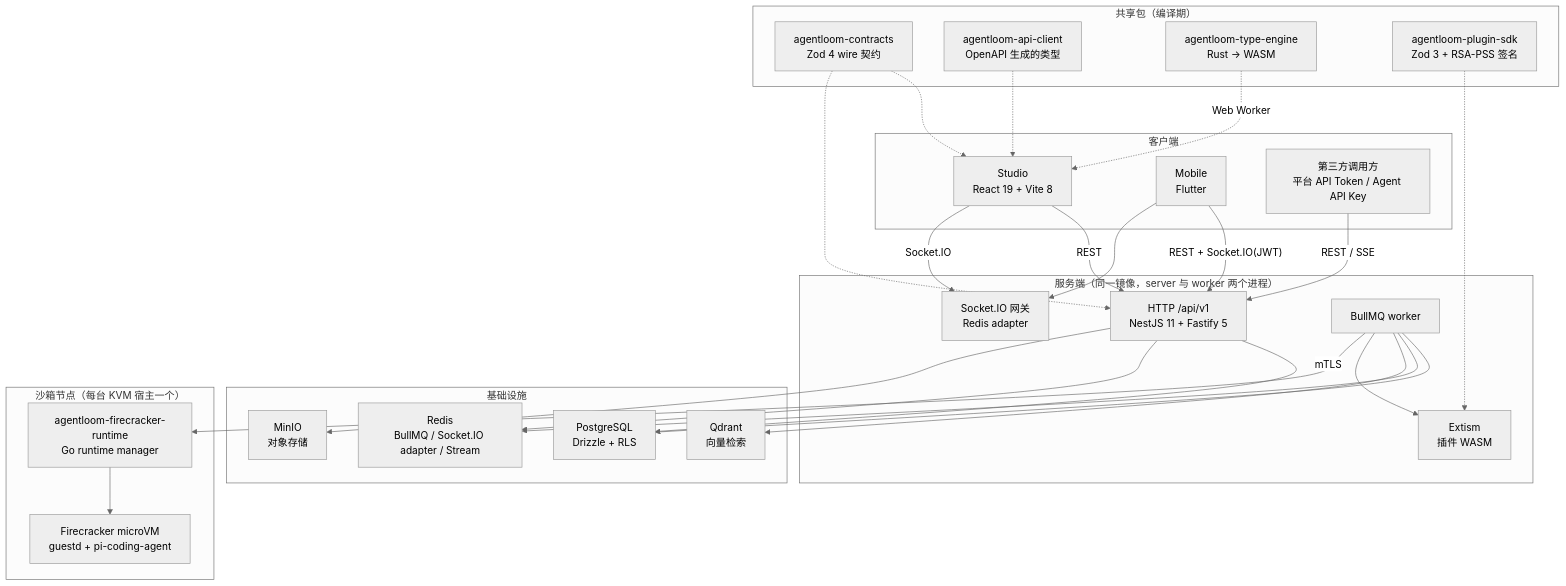
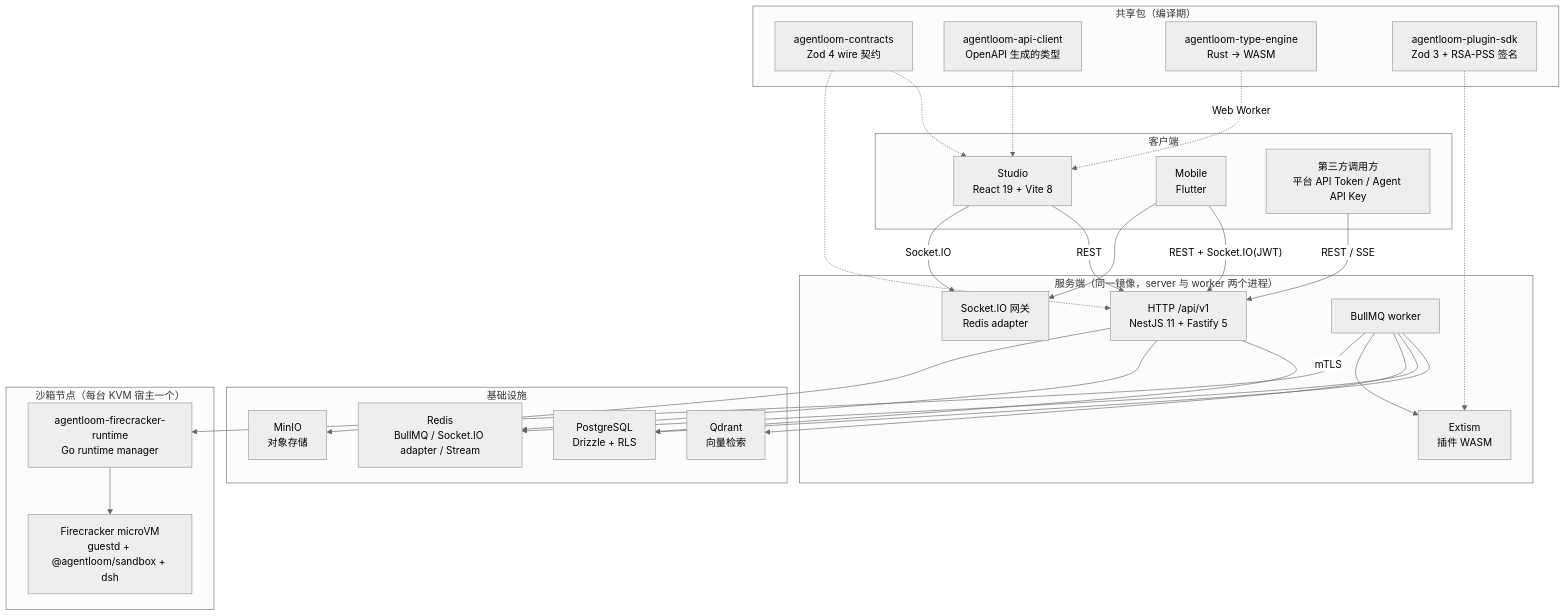
The first of 3 diagrams in agentloom-docs/dev/architecture.md (Lynricsy/AgentLoom), drawn with Mermaid (neutral theme) before and after one commit. The commit also changed other lines of this file and 32 other files, not shown here.

Commit message:
docs(docs): 📝 记录 sandbox 运行态切换 dsh、runtime 插件与 harness 节点

````diff
--- a/agentloom-docs/dev/architecture.md
+++ b/agentloom-docs/dev/architecture.md
@@ -11,56 +11,56 @@
 ```mermaid
 flowchart TB
     subgraph Clients["客户端"]
         Studio["Studio<br/>React 19 + Vite 8"]
         Mobile["Mobile<br/>Flutter"]
         ThirdParty["第三方调用方<br/>平台 API Token / Agent API Key"]
     end
 
     subgraph Shared["共享包（编译期）"]
         Contracts["agentloom-contracts<br/>Zod 4 wire 契约"]
         ApiClient["agentloom-api-client<br/>OpenAPI 生成的类型"]
         TypeEngine["agentloom-type-engine<br/>Rust → WASM"]
         PluginSdk["agentloom-plugin-sdk<br/>Zod 3 + RSA-PSS 签名"]
     end
 
     subgraph ServerSide["服务端（同一镜像，server 与 worker 两个进程）"]
         Http["HTTP /api/v1<br/>NestJS 11 + Fastify 5"]
         Gateways["Socket.IO 网关<br/>Redis adapter"]
         Workers["BullMQ worker"]
         Extism["Extism<br/>插件 WASM"]
     end
 
     subgraph Infra["基础设施"]
         PG["PostgreSQL<br/>Drizzle + RLS"]
         Redis["Redis<br/>BullMQ / Socket.IO adapter / Stream"]
         Qdrant["Qdrant<br/>向量检索"]
         MinIO["MinIO<br/>对象存储"]
     end
 
     subgraph Sandbox["沙箱节点（每台 KVM 宿主一个）"]
         Manager["agentloom-firecracker-runtime<br/>Go runtime manager"]
-        VM["Firecracker microVM<br/>guestd + pi-coding-agent"]
+        VM["Firecracker microVM<br/>guestd + @agentloom/sandbox + dsh"]
     end
 
     Studio -->|"REST"| Http
     Studio -->|"Socket.IO"| Gateways
     Mobile -->|"REST + Socket.IO(JWT)"| Http
     Mobile --> Gateways
     ThirdParty -->|"REST / SSE"| Http
 
     Http --> PG
     Http --> Redis
     Workers --> PG
     Workers --> Redis
     Workers --> Qdrant
     Http --> MinIO
     Workers --> Extism
     Workers -->|"mTLS"| Manager
     Manager --> VM
 
     Contracts -.-> Studio
     Contracts -.-> Http
     ApiClient -.-> Studio
     TypeEngine -.->|"Web Worker"| Studio
     PluginSdk -.-> Extism
 ```
````
